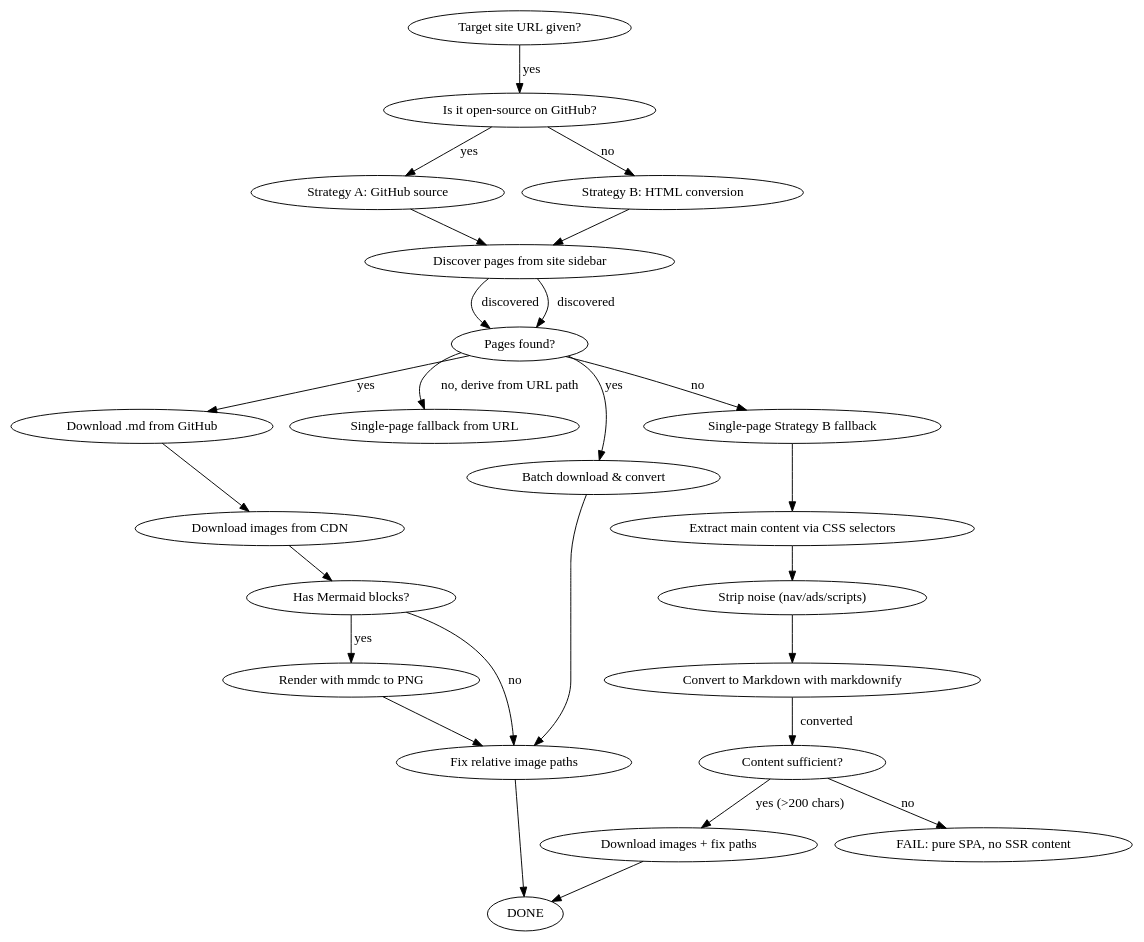
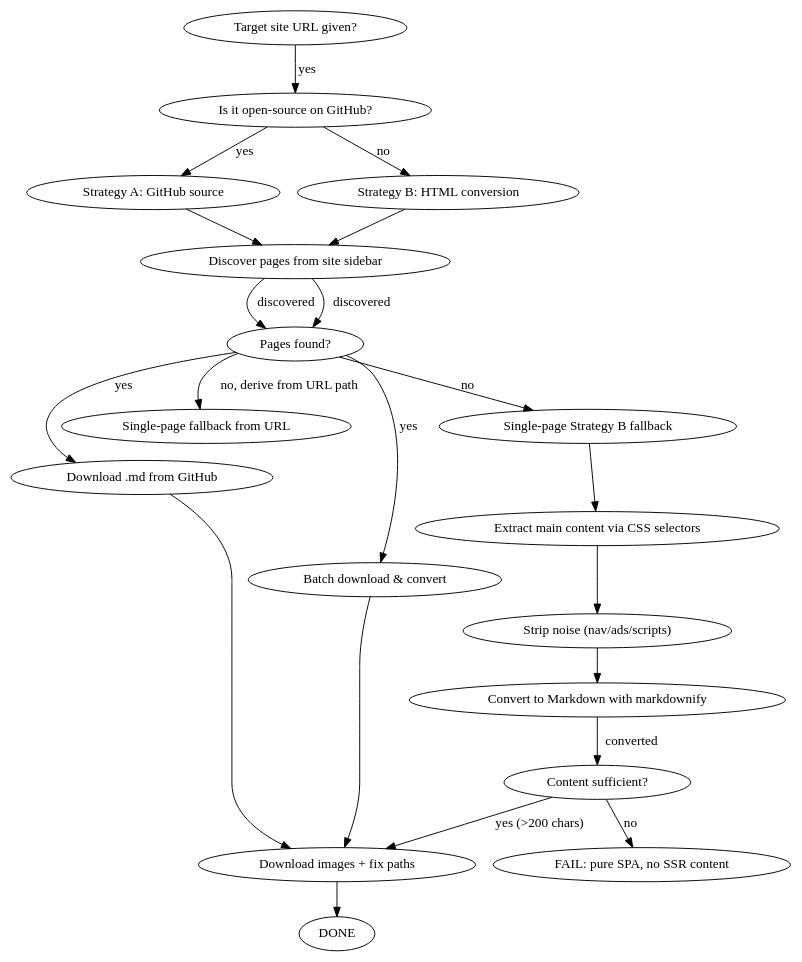
The diagram in skills/web-to-local-md/SKILL.md (Wendymayu/good-skills), drawn with Graphviz before and after one commit. The commit also changed other lines of this file and 3 other files, not shown here.

Commit message:
refactor(web-to-local-md): remove mermaid rendering — no mmdc dependency needed, code blocks kept as-is

````diff
--- a/skills/web-to-local-md/SKILL.md
+++ b/skills/web-to-local-md/SKILL.md
@@ -35,29 +33,24 @@
 ```dot
 digraph decision {
   "Target site URL given?" -> "Is it open-source on GitHub?" [label="yes"];
   "Is it open-source on GitHub?" -> "Strategy A: GitHub source" [label="yes"];
   "Is it open-source on GitHub?" -> "Strategy B: HTML conversion" [label="no"];
   "Strategy A: GitHub source" -> "Discover pages from site sidebar";
   "Discover pages from site sidebar" -> "Pages found?" [label="discovered"];
   "Pages found?" -> "Download .md from GitHub" [label="yes"];
   "Pages found?" -> "Single-page fallback from URL" [label="no, derive from URL path"];
-  "Download .md from GitHub" -> "Download images from CDN";
-  "Download images from CDN" -> "Has Mermaid blocks?";
-  "Has Mermaid blocks?" -> "Render with mmdc to PNG" [label="yes"];
-  "Has Mermaid blocks?" -> "Fix relative image paths" [label="no"];
-  "Render with mmdc to PNG" -> "Fix relative image paths";
+  "Download .md from GitHub" -> "Download images + fix paths";
   "Strategy B: HTML conversion" -> "Discover pages from site sidebar";
   "Discover pages from site sidebar" -> "Pages found?" [label="discovered"];
   "Pages found?" -> "Batch download & convert" [label="yes"];
   "Pages found?" -> "Single-page Strategy B fallback" [label="no"];
   "Single-page Strategy B fallback" -> "Extract main content via CSS selectors";
   "Extract main content via CSS selectors" -> "Strip noise (nav/ads/scripts)";
   "Strip noise (nav/ads/scripts)" -> "Convert to Markdown with markdownify";
   "Convert to Markdown with markdownify" -> "Content sufficient?" [label="converted"];
   "Content sufficient?" -> "Download images + fix paths" [label="yes (>200 chars)"];
   "Content sufficient?" -> "FAIL: pure SPA, no SSR content" [label="no"];
-  "Fix relative image paths" -> "DONE";
   "Download images + fix paths" -> "DONE";
-  "Batch download & convert" -> "Fix relative image paths";
+  "Batch download & convert" -> "Download images + fix paths";
 }
 ```
````
